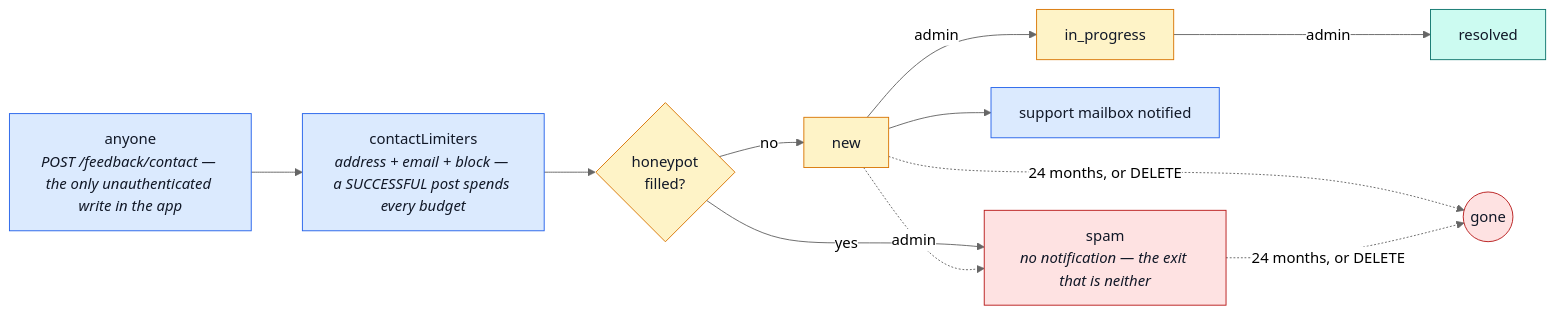
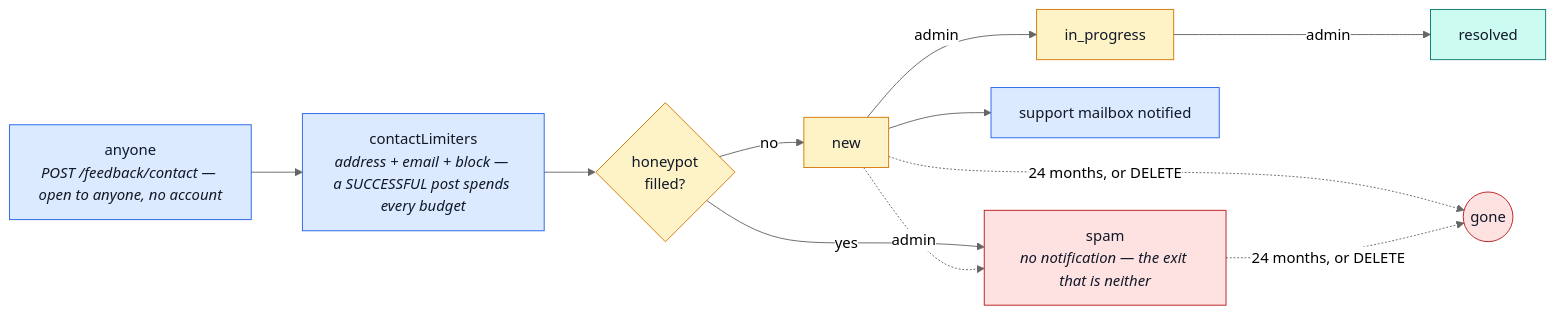
One commit to Guebbit/boilerplate-node-backend changed the diagram in docs/modules/feedback.md. Above: the diagram before and after it, drawn with Mermaid (neutral theme). The commit also changed other lines of this file and 24 other files, not shown here.

````diff
--- a/docs/modules/feedback.md
+++ b/docs/modules/feedback.md
@@ -68,23 +68,23 @@
 ```mermaid
 %%{init: {'flowchart': {'nodeSpacing': 30, 'rankSpacing': 55}}}%%
 flowchart LR
-    V["anyone<br/><i>POST /feedback/contact — the only unauthenticated write in the app</i>"] --> L["contactLimiters<br/><i>address + email + block — a SUCCESSFUL post spends every budget</i>"]
+    V["anyone<br/><i>POST /feedback/contact — open to anyone, no account</i>"] --> L["contactLimiters<br/><i>address + email + block — a SUCCESSFUL post spends every budget</i>"]
     L --> H{"honeypot<br/>filled?"}
     H -->|no| N["new"]
     H -->|yes| S["spam<br/><i>no notification — the exit that is neither</i>"]
     N --> E["support mailbox notified"]
     N -->|admin| I["in_progress"]
     I -->|admin| R["resolved"]
     N -.->|admin| S
     N -.->|24 months, or DELETE| X(("gone"))
     S -.->|24 months, or DELETE| X
 
     classDef public fill:#dbeafe,stroke:#2563eb,color:#111827;
     classDef open fill:#fef3c7,stroke:#d97706,color:#111827;
     classDef done fill:#ccfbf1,stroke:#0f766e,color:#111827;
     classDef bad fill:#fee2e2,stroke:#b91c1c,color:#111827;
     class V,L,E public;
     class H,N,I open;
     class R done;
     class S,X bad;
 ```
````
